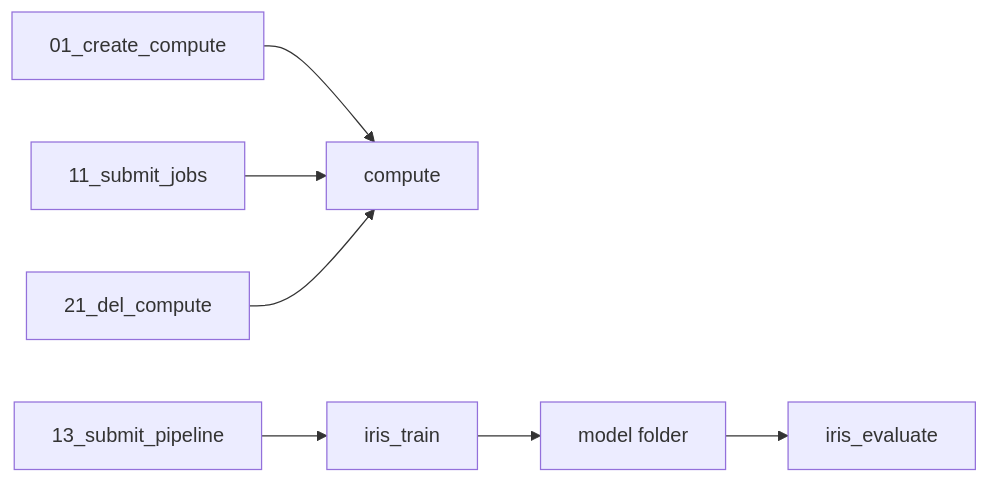
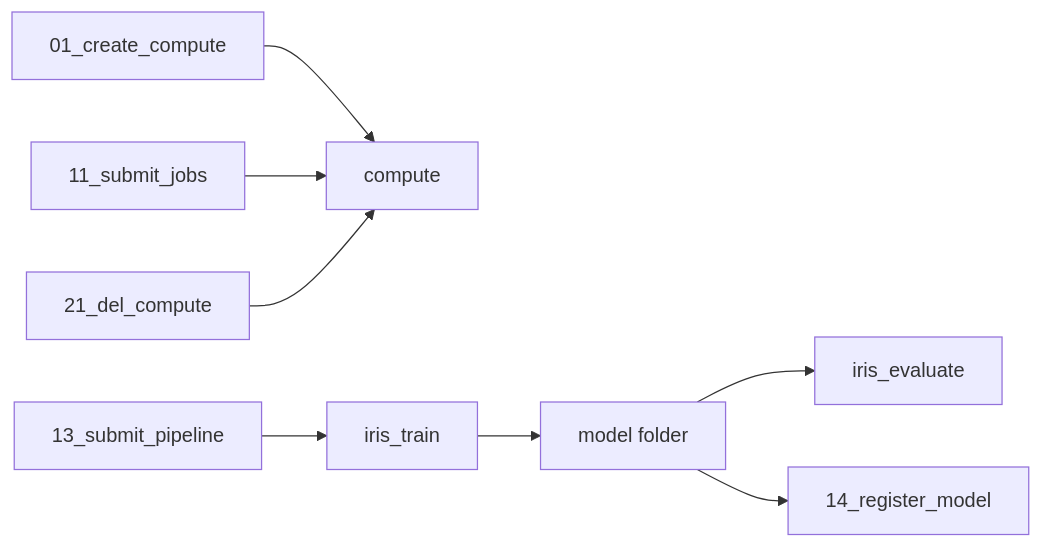
One commit to ciyoon-mlops/azure-mlops-portfolio changed the diagram in mlops-pipeline/README.md. Above: the diagram before and after it, drawn with Mermaid. The commit also changed other lines of this file and 3 other files, not shown here.

Commit message:
Register the Iris model from the train step and document that step.

````diff
--- a/mlops-pipeline/README.md
+++ b/mlops-pipeline/README.md
@@ -220,9 +255,10 @@
 ```mermaid
 flowchart LR
   Create[01_create_compute] --> Compute[compute]
   Job[11_submit_jobs] --> Compute
   Pipeline[13_submit_pipeline] --> Train[iris_train]
   Train --> ModelFolder[model folder]
   ModelFolder --> Evaluate[iris_evaluate]
+  ModelFolder --> Register[14_register_model]
   Delete[21_del_compute] --> Compute
 ```
````
